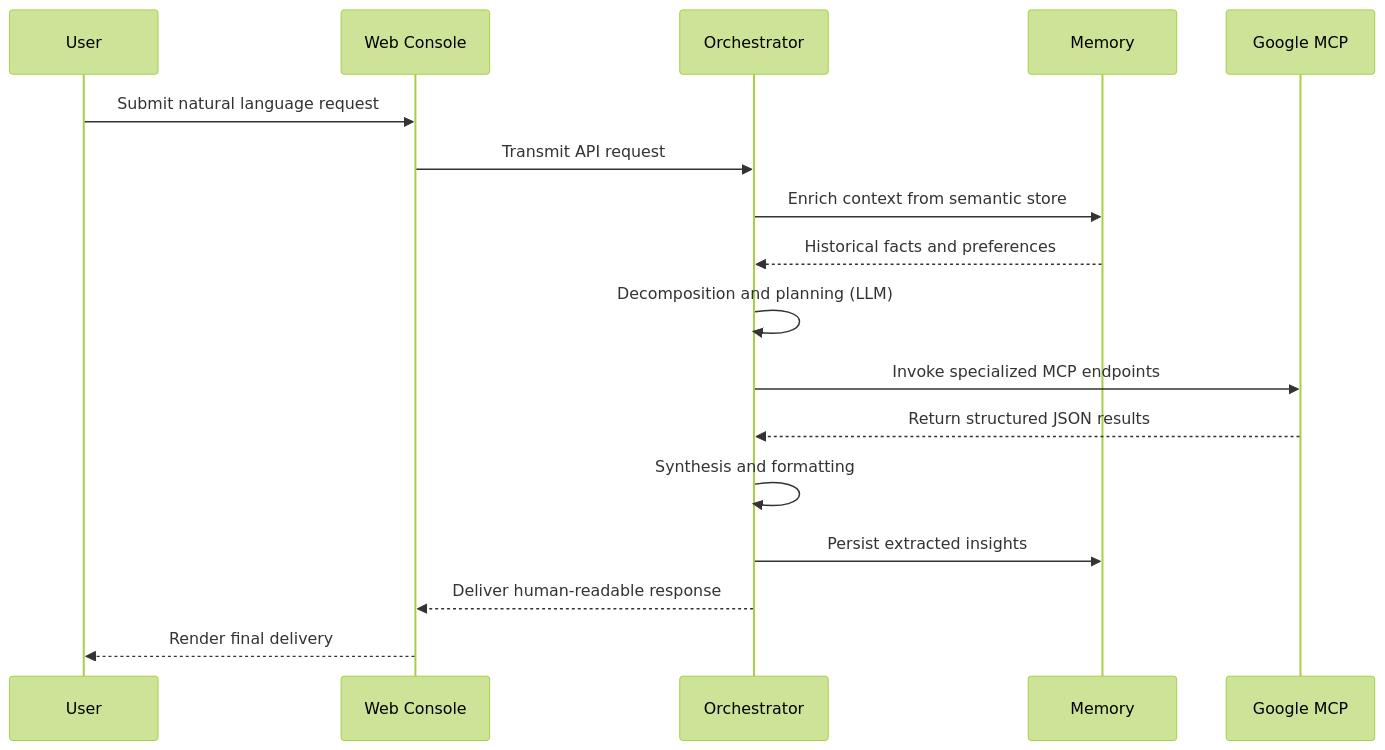
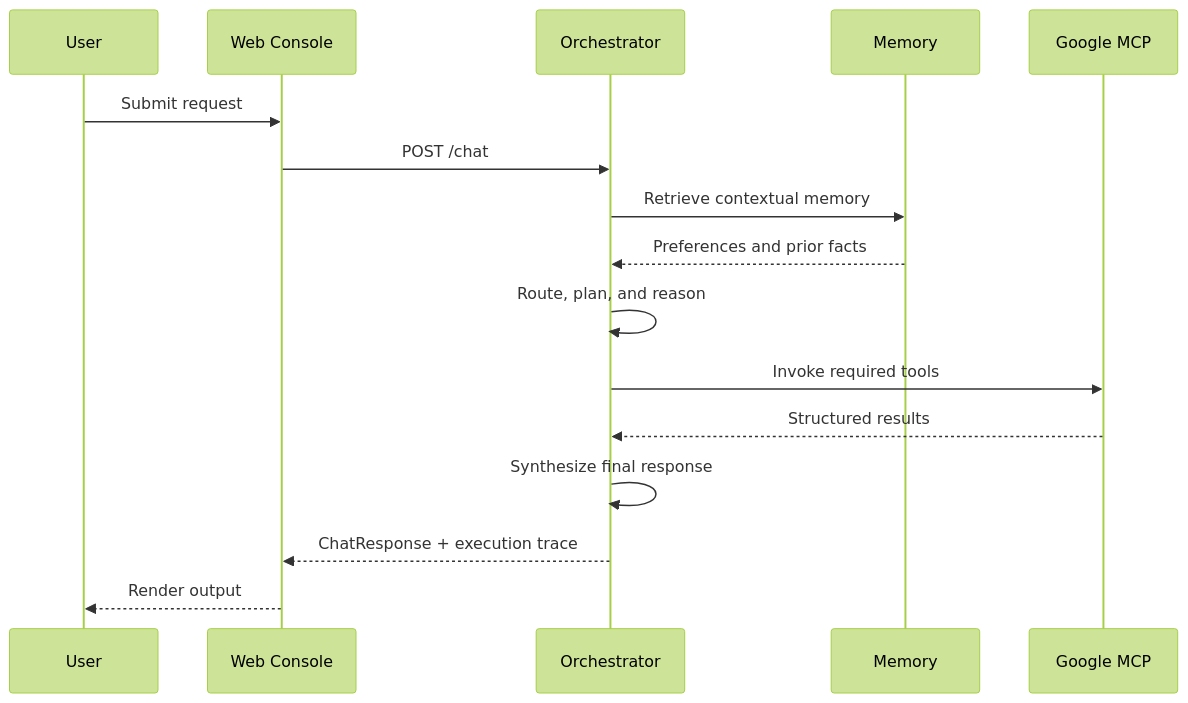
One commit to GaneshBamalwa/ATLAS changed the second of 2 diagrams in README.md. Above: the diagram before and after it, drawn with Mermaid (forest theme). The commit also changed other lines of this file, not shown here.

````diff
--- a/README.md
+++ b/README.md
@@ -89,19 +41,19 @@
 ```mermaid
 sequenceDiagram
     participant U as User
-    participant C as Web Console
+    participant W as Web Console
     participant O as Orchestrator
     participant M as Memory
-    participant T as Google MCP
-    U->>C: Submit natural language request
-    C->>O: Transmit API request
-    O->>M: Enrich context from semantic store
-    M-->>O: Historical facts and preferences
-    O->>O: Decomposition and planning (LLM)
-    O->>T: Invoke specialized MCP endpoints
-    T-->>O: Return structured JSON results
-    O->>O: Synthesis and formatting
-    O->>M: Persist extracted insights
-    O-->>C: Deliver human-readable response
-    C-->>U: Render final delivery
+    participant G as Google MCP
+
+    U->>W: Submit request
+    W->>O: POST /chat
+    O->>M: Retrieve contextual memory
+    M-->>O: Preferences and prior facts
+    O->>O: Route, plan, and reason
+    O->>G: Invoke required tools
+    G-->>O: Structured results
+    O->>O: Synthesize final response
+    O-->>W: ChatResponse + execution trace
+    W-->>U: Render output
 ```
````
